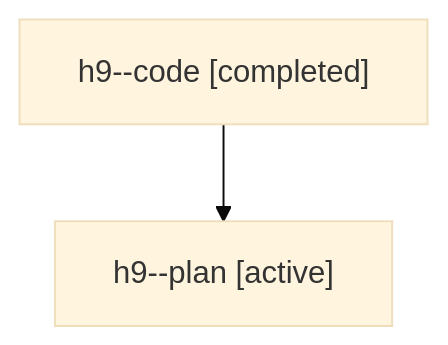
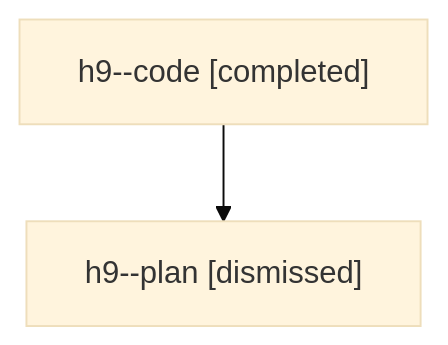
Before and after one commit to sase-org/sase--agents: the diagram in sessions/bbugyi200.athena.h9.md, drawn with Mermaid (base theme). The commit also changed other lines of this file and 29 other files, not shown here.

````diff
--- a/sessions/bbugyi200.athena.h9.md
+++ b/sessions/bbugyi200.athena.h9.md
@@ -9,6 +9,6 @@
 ```mermaid
 flowchart TD
   n0["h9--code [completed]"]
-  n1["h9--plan [active]"]
+  n1["h9--plan [dismissed]"]
   n0 --> n1
 ```
````
